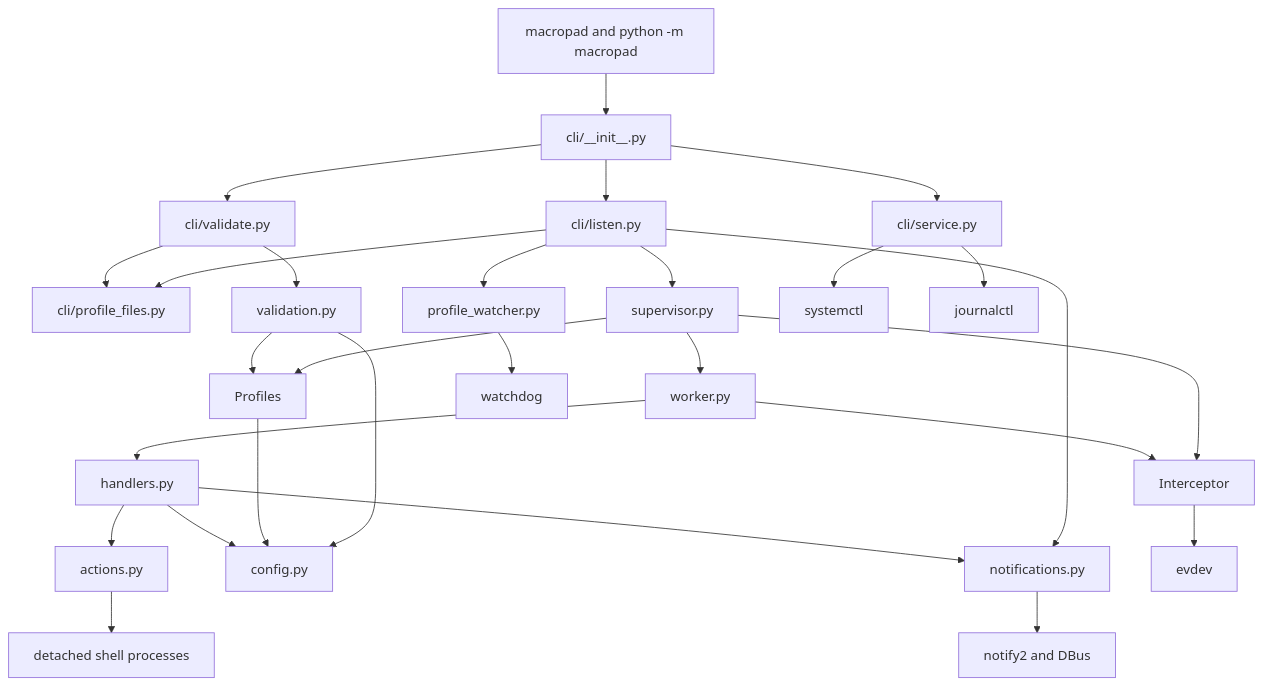
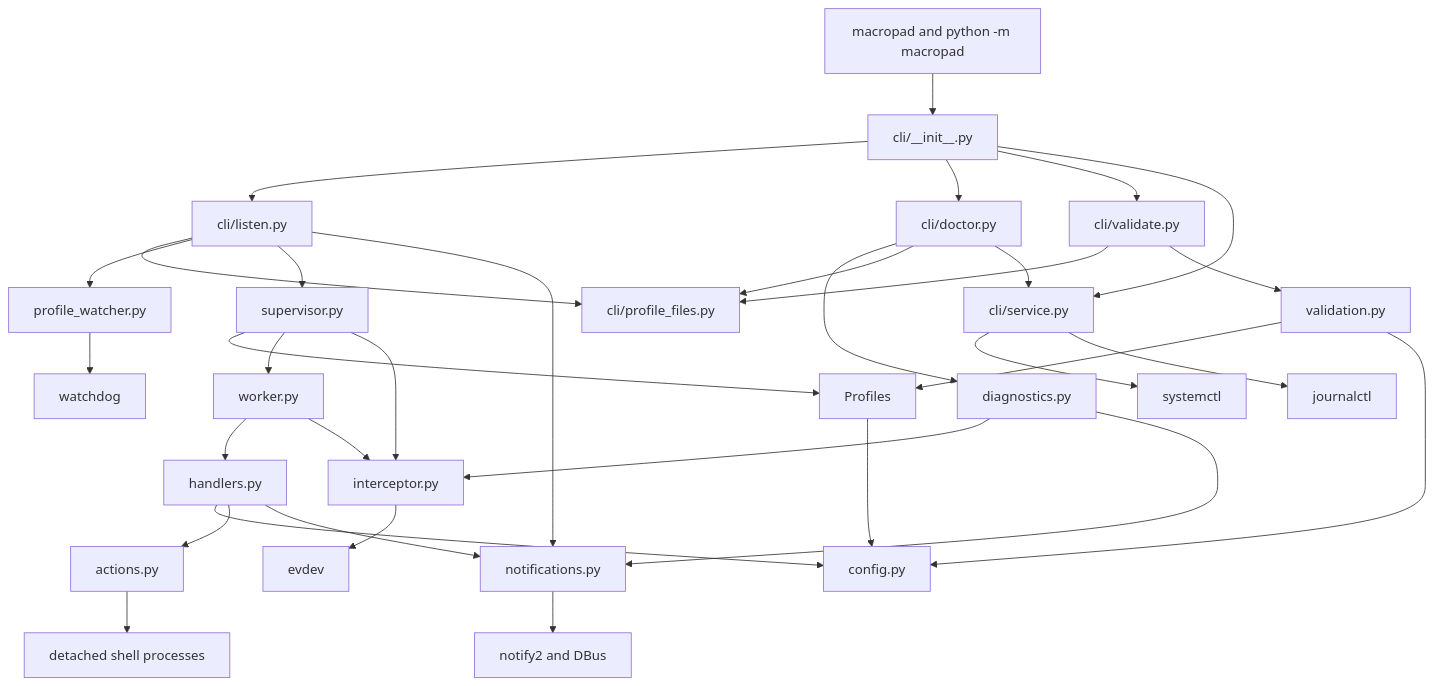
The first of 3 diagrams in src/macropad/README.md (rafaelglikis/macropad), drawn with Mermaid before and after one commit. The commit also changed other lines of this file and 15 other files, not shown here.

````diff
--- a/src/macropad/README.md
+++ b/src/macropad/README.md
@@ -35,37 +37,44 @@
 ```mermaid
 flowchart TD
     Entrypoints[macropad and python -m macropad] --> CLI[cli/__init__.py]
     CLI --> Listen[cli/listen.py]
+    CLI --> Doctor[cli/doctor.py]
     CLI --> ValidateCommand[cli/validate.py]
     CLI --> Service[cli/service.py]
 
     Listen --> ProfileFiles[cli/profile_files.py]
     Listen --> ProfileWatcher[profile_watcher.py]
     Listen --> Supervisor[supervisor.py]
     Listen --> Notifications[notifications.py]
+
+    Doctor --> Diagnostics[diagnostics.py]
+    Doctor --> ProfileFiles
+    Doctor --> Service
+    Diagnostics --> Interceptor[interceptor.py]
+    Diagnostics --> Notifications
 
     ValidateCommand --> ProfileFiles
     ValidateCommand --> Validation[validation.py]
 
     Supervisor --> Profiles
     Supervisor --> Worker[worker.py]
     Supervisor --> Interceptor
 
     Validation --> Profiles
     Validation --> Config
     Profiles --> Config[config.py]
     ProfileWatcher --> Watchdog[watchdog]
     Service --> Systemd[systemctl]
     Service --> Journal[journalctl]
 
     Worker --> Handler[handlers.py]
     Worker --> Interceptor
 
     Handler --> Config
     Handler --> Actions[actions.py]
     Handler --> Notifications
 
     Interceptor --> Evdev[evdev]
     Actions --> Shell[detached shell processes]
     Notifications --> Notify2[notify2 and DBus]
 ```
````
